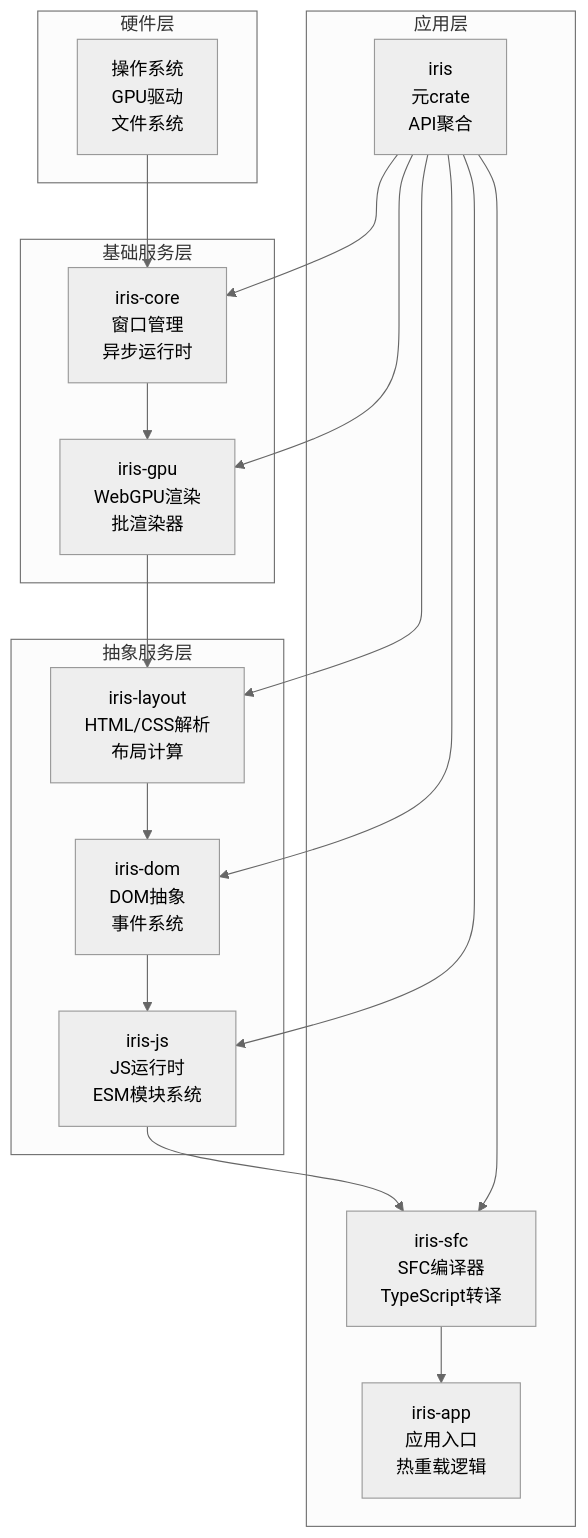
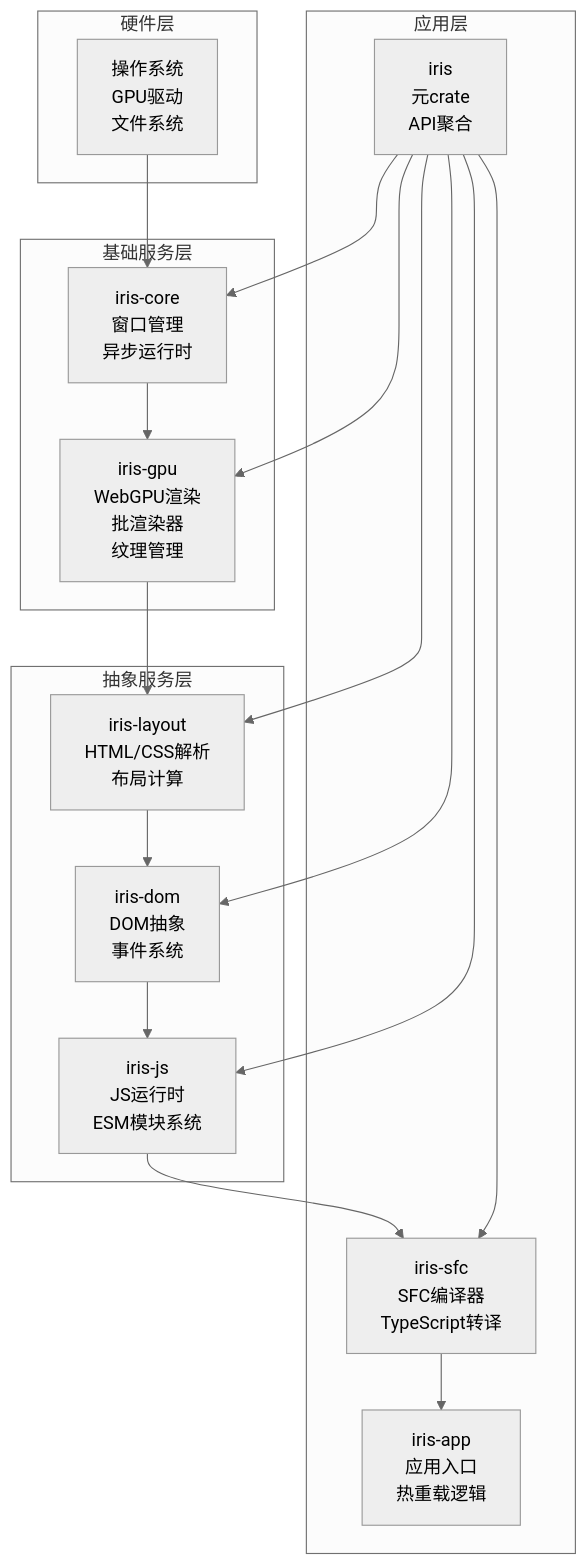
Before and after one commit to itszzl-sudo/iris: the second of 17 diagrams in .qoder/repowiki/zh/content/技术架构详解/整体架构设计/Rust工作区架构.md, drawn with Mermaid (neutral theme). The commit also changed other lines of this file and 5 other files, not shown here.

````diff
--- a/.qoder/repowiki/zh/content/技术架构详解/整体架构设计/Rust工作区架构.md
+++ b/.qoder/repowiki/zh/content/技术架构详解/整体架构设计/Rust工作区架构.md
@@ -114,33 +117,33 @@
 ```mermaid
 graph TB
 subgraph "硬件层"
 HW[操作系统<br/>GPU驱动<br/>文件系统]
 end
 subgraph "基础服务层"
 CORE[iris-core<br/>窗口管理<br/>异步运行时]
-GPU[iris-gpu<br/>WebGPU渲染<br/>批渲染器]
+GPU[iris-gpu<br/>WebGPU渲染<br/>批渲染器<br/>纹理管理]
 end
 subgraph "抽象服务层"
 LAYOUT[iris-layout<br/>HTML/CSS解析<br/>布局计算]
 DOM[iris-dom<br/>DOM抽象<br/>事件系统]
 JS[iris-js<br/>JS运行时<br/>ESM模块系统]
 end
 subgraph "应用层"
 SFC[iris-sfc<br/>SFC编译器<br/>TypeScript转译]
 APP[iris-app<br/>应用入口<br/>热重载逻辑]
 META[iris<br/>元crate<br/>API聚合]
 end
 HW --> CORE
 CORE --> GPU
 GPU --> LAYOUT
 LAYOUT --> DOM
 DOM --> JS
 JS --> SFC
 SFC --> APP
 META --> CORE
 META --> GPU
 META --> LAYOUT
 META --> DOM
 META --> JS
 META --> SFC
 ```
````
